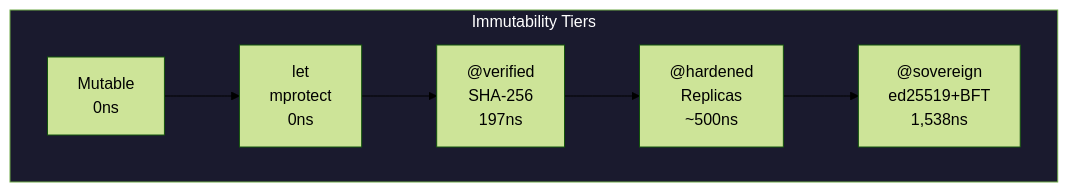
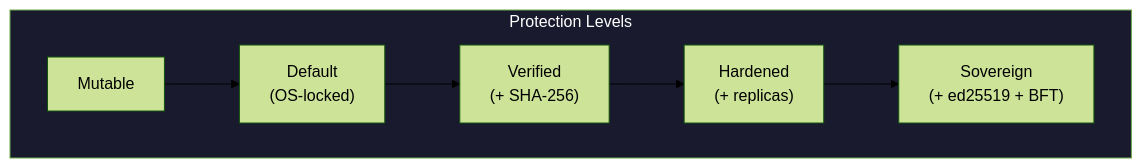
The second of 4 diagrams in README.md (fabio-rovai/tardygrada), drawn with Mermaid (forest theme) before and after one commit. The commit also changed other lines of this file and 3 other files, not shown here.

First line of the commit message:
docs: animated logo, terminal demo SVG, pipeline overview graphic

````diff
--- a/README.md
+++ b/README.md
@@ -263,12 +186,12 @@
 ```mermaid
 graph LR
-    subgraph Trust["Immutability Tiers"]
+    subgraph Trust["Protection Levels"]
         direction LR
-        MUT["Mutable<br>0ns"] --> DEF["let<br>mprotect<br>0ns"]
-        DEF --> VER["@verified<br>SHA-256<br>197ns"]
-        VER --> HARD["@hardened<br>Replicas<br>~500ns"]
-        HARD --> SOV["@sovereign<br>ed25519+BFT<br>1,538ns"]
+        MUT["Mutable"] --> DEF["Default<br>(OS-locked)"]
+        DEF --> VER["Verified<br>(+ SHA-256)"]
+        VER --> HARD["Hardened<br>(+ replicas)"]
+        HARD --> SOV["Sovereign<br>(+ ed25519 + BFT)"]
     end
 
     style Trust fill:#1a1a2e,color:#fff
 ```
````
